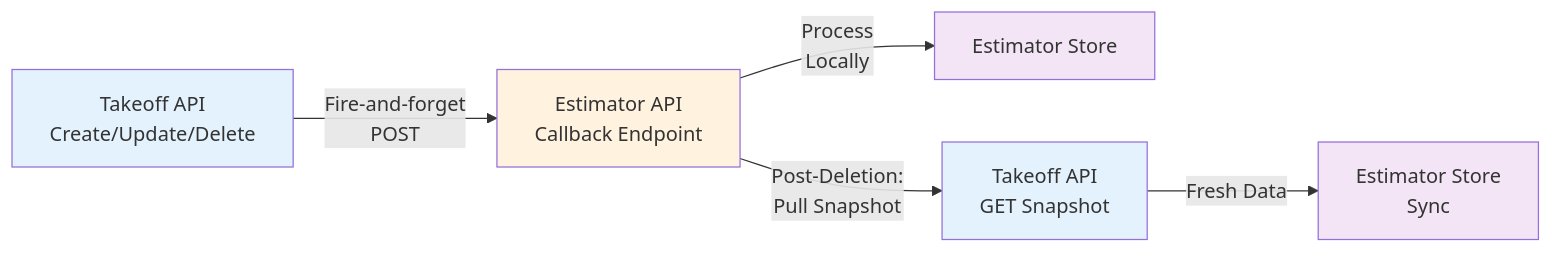
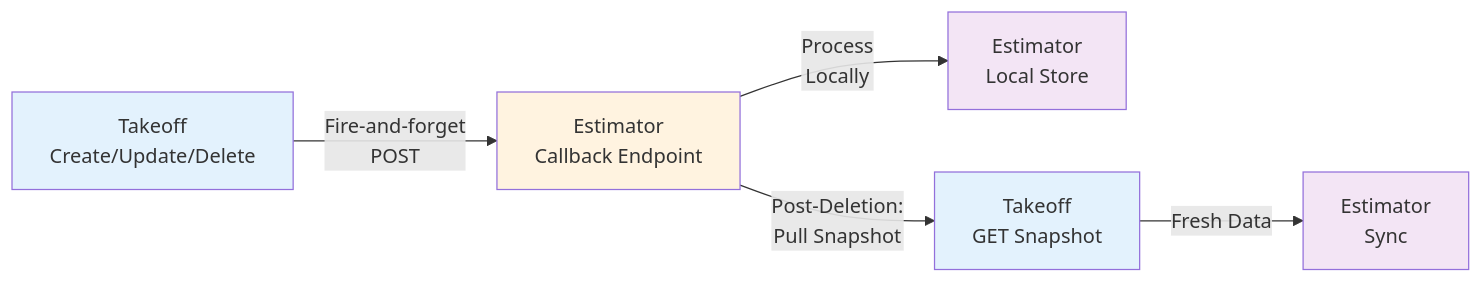
One commit to pkarabut-bw/embedded-integration changed the sixth of 7 diagrams in docs/contract-diagrams.md. Above: the diagram before and after it, drawn with Mermaid. The commit also changed other lines of this file, not shown here.

Commit message:
updated diagrams

````diff
--- a/docs/contract-diagrams.md
+++ b/docs/contract-diagrams.md
@@ -155,13 +143,13 @@
 ```mermaid
 graph LR
-    A["Takeoff API<br/>Create/Update/Delete"] -->|Fire-and-forget<br/>POST| B["Estimator API<br/>Callback Endpoint"]
-    B -->|Process<br/>Locally| C["Estimator Store"]
-    B -->|Post-Deletion:<br/>Pull Snapshot| D["Takeoff API<br/>GET Snapshot"]
-    D -->|Fresh Data| E["Estimator Store<br/>Sync"]
+    A["Takeoff<br/>Create/Update/Delete"] -->|Fire-and-forget<br/>POST| B["Estimator<br/>Callback Endpoint"]
+    B -->|Process<br/>Locally| C["Estimator<br/>Local Store"]
+    B -->|Post-Deletion:<br/>Pull Snapshot| D["Takeoff<br/>GET Snapshot"]
+    D -->|Fresh Data| E["Estimator<br/>Sync"]
     
     style A fill:#e3f2fd
     style B fill:#fff3e0
     style C fill:#f3e5f5
     style D fill:#e3f2fd
     style E fill:#f3e5f5
 ```
````
